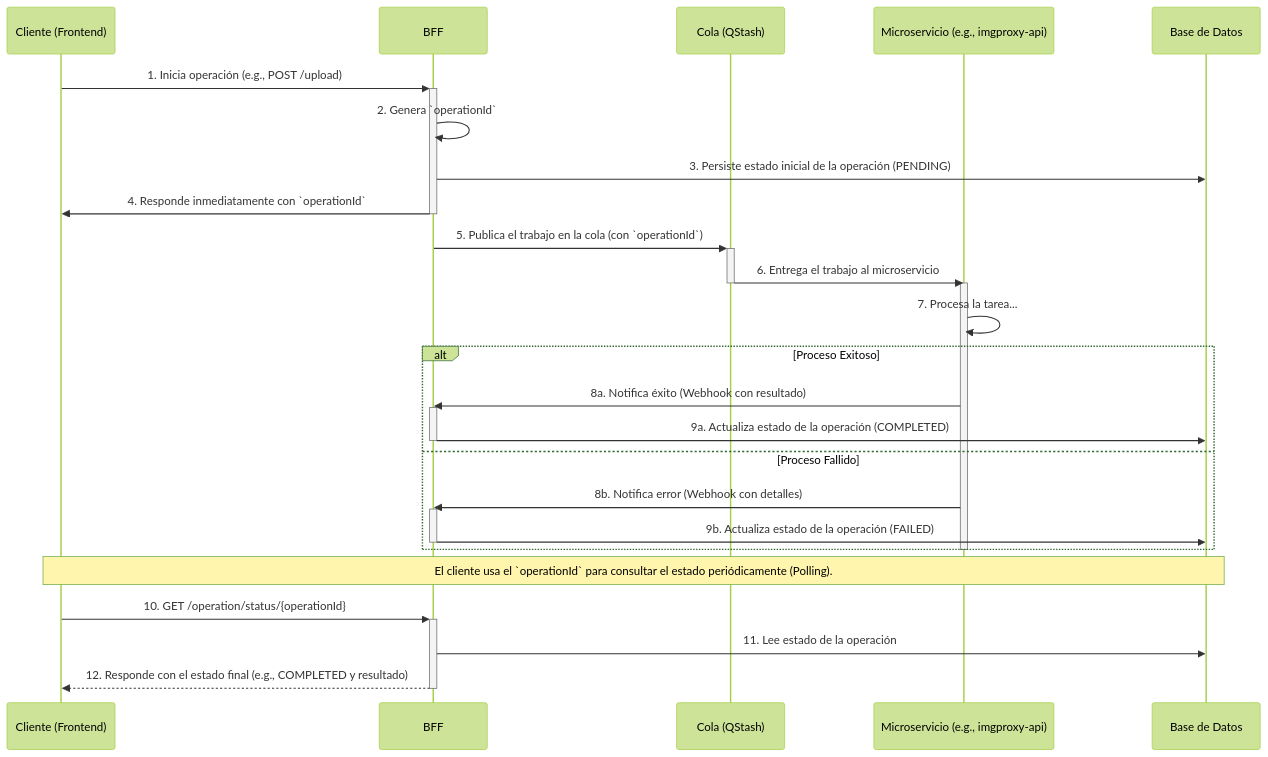
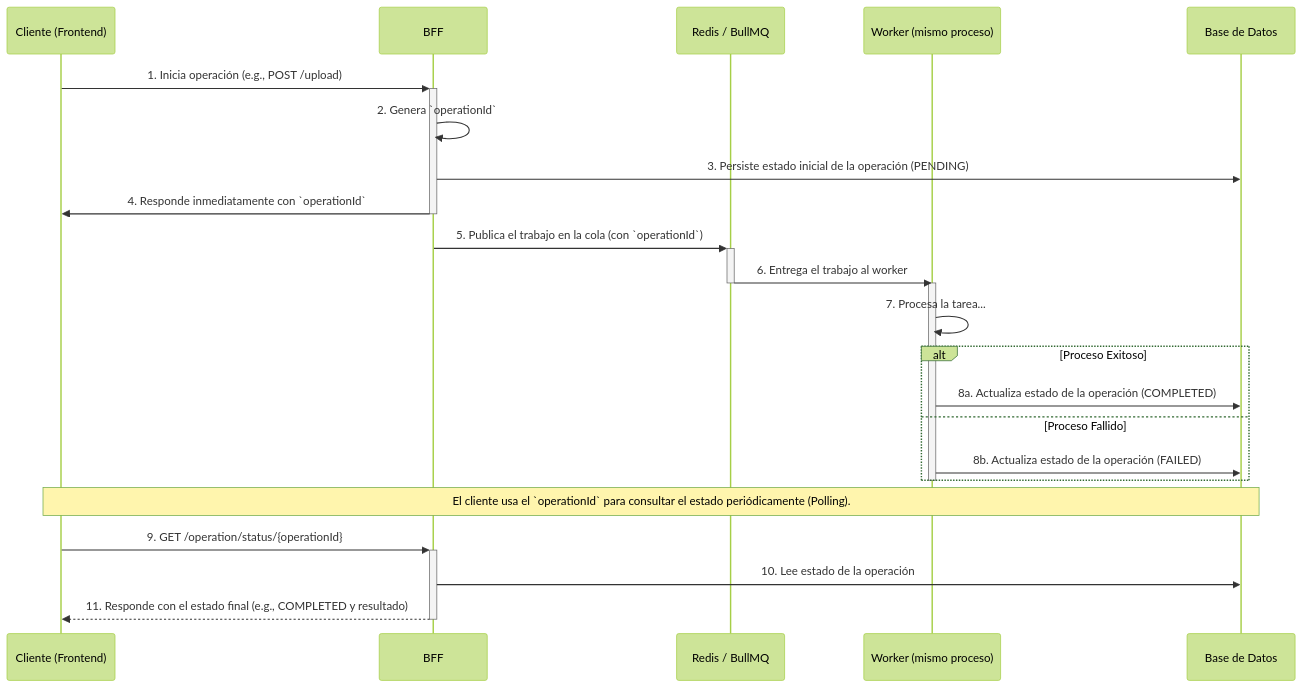
Before and after one commit to hershey1990/my-obsidian-sync-folder: the diagram in patioz/01-bff.md, drawn with Mermaid (forest theme). The commit also changed other lines of this file and 5 other files, not shown here.

````diff
--- a/patioz/01-bff.md
+++ b/patioz/01-bff.md
@@ -38,36 +34,30 @@
 ```mermaid
 sequenceDiagram
     participant Client as Cliente (Frontend)
     participant BFF
-    participant QStash as Cola (QStash)
-    participant Microservice as Microservicio (e.g., imgproxy-api)
+    participant Redis as Redis / BullMQ
+    participant Worker as Worker (mismo proceso)
     participant DB as Base de Datos
 
     Client->>+BFF: 1. Inicia operación (e.g., POST /upload)
     BFF->>BFF: 2. Genera `operationId`
     BFF->>DB: 3. Persiste estado inicial de la operación (PENDING)
     BFF->>-Client: 4. Responde inmediatamente con `operationId`
-    BFF->>+QStash: 5. Publica el trabajo en la cola (con `operationId`)
-    QStash->>-Microservice: 6. Entrega el trabajo al microservicio
+    BFF->>+Redis: 5. Publica el trabajo en la cola (con `operationId`)
+    Redis->>-Worker: 6. Entrega el trabajo al worker
     
-    activate Microservice
-    Microservice->>Microservice: 7. Procesa la tarea...
+    activate Worker
+    Worker->>Worker: 7. Procesa la tarea...
     alt Proceso Exitoso
-        Microservice->>BFF: 8a. Notifica éxito (Webhook con resultado)
-        activate BFF
-        BFF->>DB: 9a. Actualiza estado de la operación (COMPLETED)
-        deactivate BFF
+        Worker->>DB: 8a. Actualiza estado de la operación (COMPLETED)
     else Proceso Fallido
-        Microservice->>BFF: 8b. Notifica error (Webhook con detalles)
-        activate BFF
-        BFF->>DB: 9b. Actualiza estado de la operación (FAILED)
-        deactivate BFF
+        Worker->>DB: 8b. Actualiza estado de la operación (FAILED)
     end
-    deactivate Microservice
+    deactivate Worker
 
     Note over Client, DB: El cliente usa el `operationId` para consultar el estado periódicamente (Polling).
 
-    Client->>+BFF: 10. GET /operation/status/{operationId}
-    BFF->>DB: 11. Lee estado de la operación
-    BFF-->>-Client: 12. Responde con el estado final (e.g., COMPLETED y resultado)
+    Client->>+BFF: 9. GET /operation/status/{operationId}
+    BFF->>DB: 10. Lee estado de la operación
+    BFF-->>-Client: 11. Responde con el estado final (e.g., COMPLETED y resultado)
 ```
````
